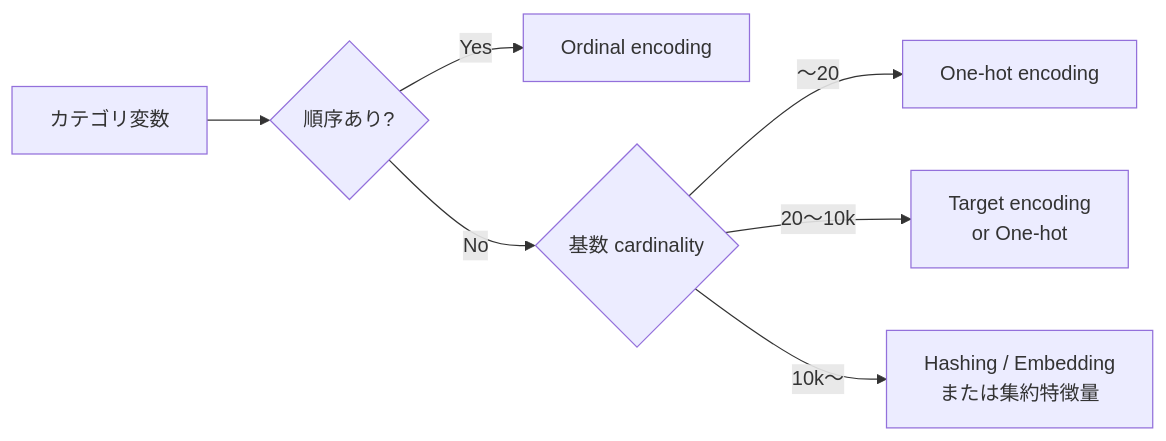
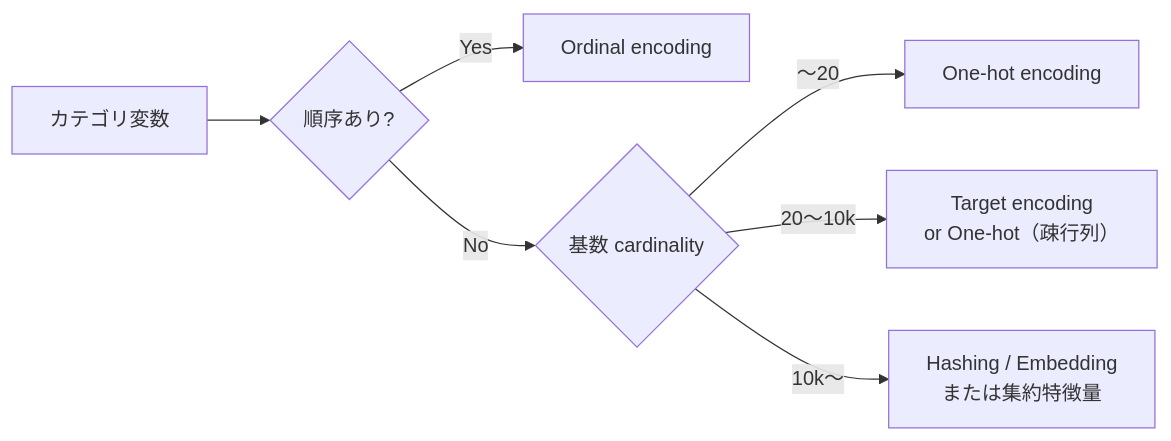
One commit to nao1215/debimate changed the diagram in projects/ml/notes/ml/categorical-encoding/index.md. Above: the diagram before and after it, drawn with Mermaid. The commit also changed other lines of this file and 15 other files, not shown here.

````diff
--- a/projects/ml/notes/ml/categorical-encoding/index.md
+++ b/projects/ml/notes/ml/categorical-encoding/index.md
@@ -18,9 +18,9 @@
 ```mermaid
 graph LR
     A["カテゴリ変数"] --> B{"順序あり?"}
     B -- Yes --> C["Ordinal encoding"]
     B -- No --> D{"基数 cardinality"}
     D -- "〜20" --> E["One-hot encoding"]
-    D -- "20〜10k" --> F["Target encoding<br/>or One-hot"]
+    D -- "20〜10k" --> F["Target encoding<br/>or One-hot（疎行列）"]
     D -- "10k〜" --> G["Hashing / Embedding<br/>または集約特徴量"]
 ```
````
